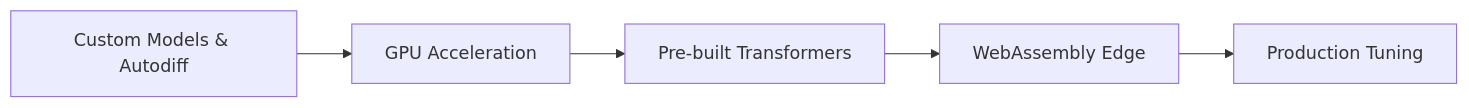
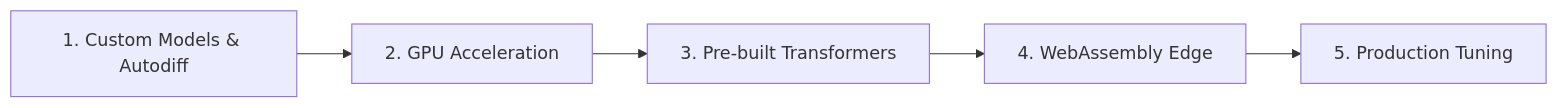
The third of 3 diagrams in SW-ML-AI Engineering/14 - Rust Engineering/07 - Candle Advanced Patterns/00 - Welcome to Candle Advanced Patterns.md (Leito2/Learning), drawn with Mermaid before and after one commit. The commit also changed other lines of this file and 123 other files, not shown here.

````diff
--- a/SW-ML-AI Engineering/14 - Rust Engineering/07 - Candle Advanced Patterns/00 - Welcome to Candle Advanced Patterns.md
+++ b/SW-ML-AI Engineering/14 - Rust Engineering/07 - Candle Advanced Patterns/00 - Welcome to Candle Advanced Patterns.md
@@ -110,7 +156,7 @@
 ```mermaid
 flowchart LR
-    A[Custom Models & Autodiff] --> B[GPU Acceleration]
-    B --> C[Pre-built Transformers]
-    C --> D[WebAssembly Edge]
-    D --> E[Production Tuning]
+    A[1. Custom Models & Autodiff] --> B[2. GPU Acceleration]
+    B --> C[3. Pre-built Transformers]
+    C --> D[4. WebAssembly Edge]
+    D --> E[5. Production Tuning]
 ```
````
